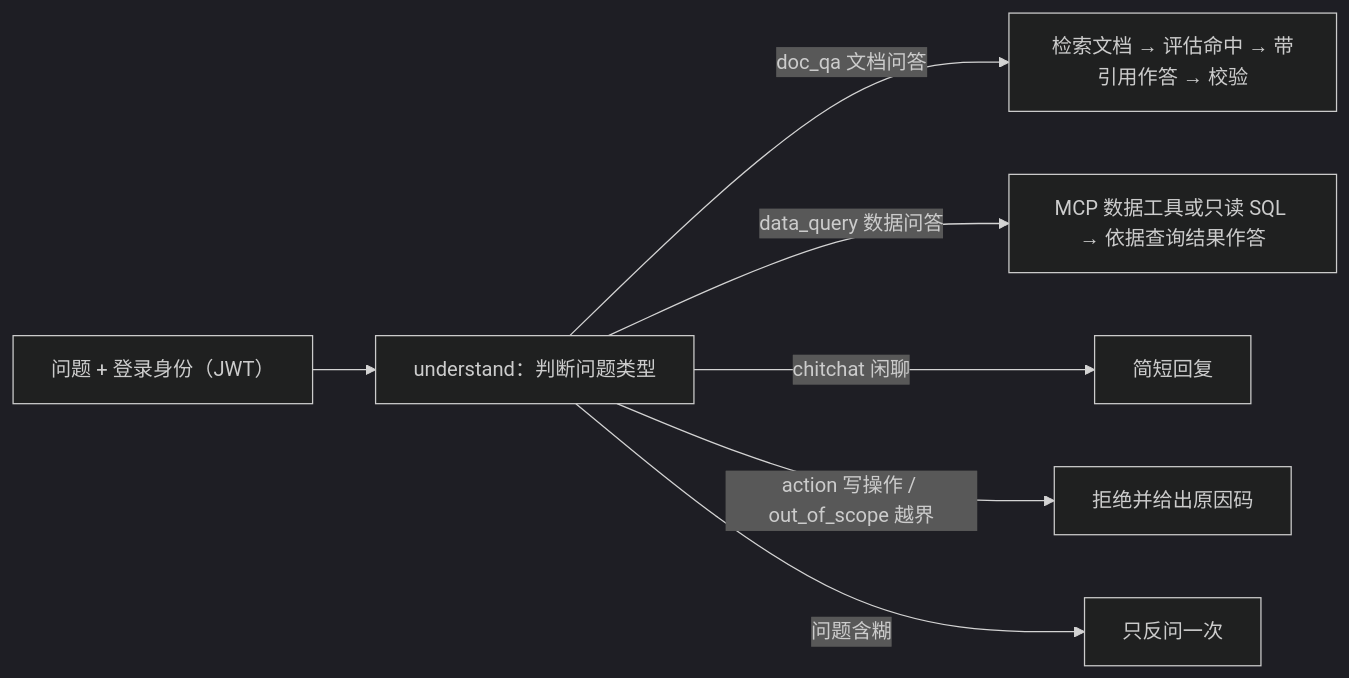
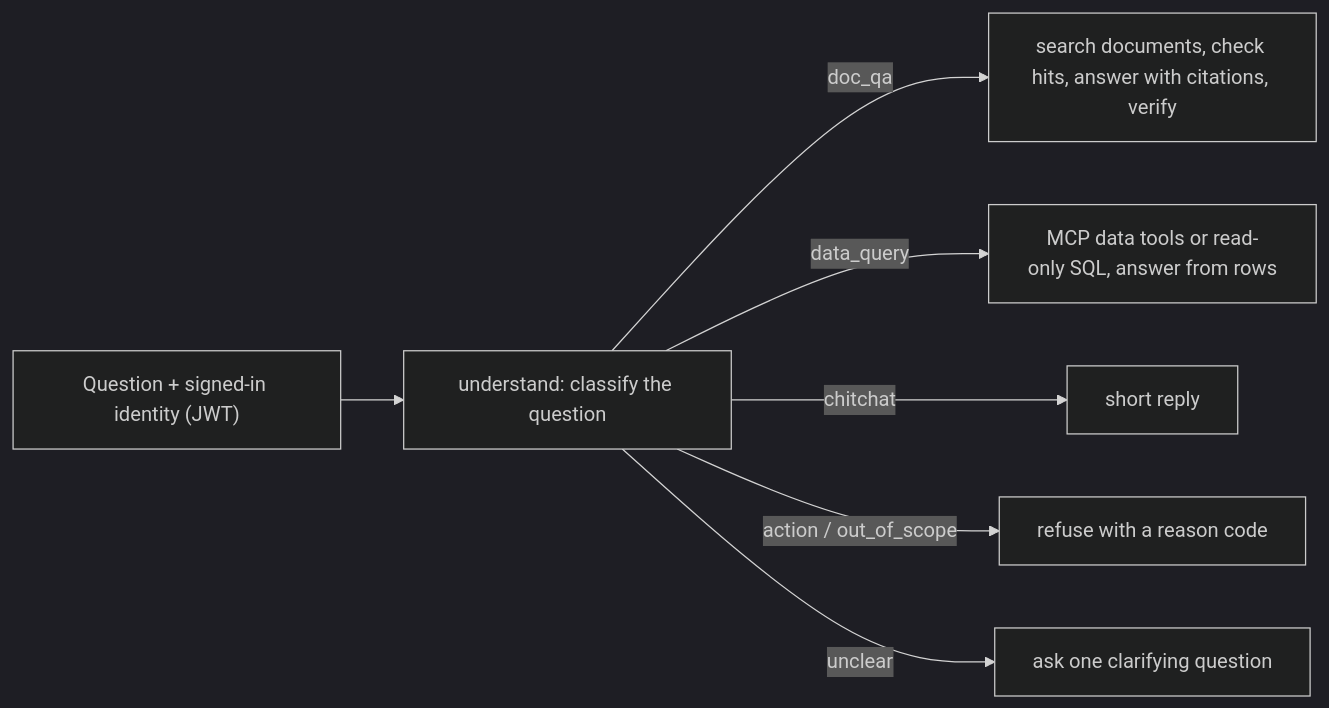
One commit to Andy-Pan-8849/StarEdu changed the diagram in ai-module/README.md. Above: the diagram before and after it, drawn with Mermaid (dark theme). The commit also changed other lines of this file and 6 other files, not shown here.

````diff
--- a/ai-module/README.md
+++ b/ai-module/README.md
@@ -33,9 +35,9 @@
 ```mermaid
 flowchart LR
-    Q["问题 + 登录身份（JWT）"] --> U["understand：判断问题类型"]
-    U -->|doc_qa 文档问答| D["检索文档 → 评估命中 → 带引用作答 → 校验"]
-    U -->|data_query 数据问答| A["MCP 数据工具或只读 SQL → 依据查询结果作答"]
-    U -->|chitchat 闲聊| C["简短回复"]
-    U -->|"action 写操作 / out_of_scope 越界"| R["拒绝并给出原因码"]
-    U -->|"问题含糊"| K["只反问一次"]
+    Q["Question + signed-in identity (JWT)"] --> U["understand: classify the question"]
+    U -->|doc_qa| D["search documents, check hits, answer with citations, verify"]
+    U -->|data_query| A["MCP data tools or read-only SQL, answer from rows"]
+    U -->|chitchat| C["short reply"]
+    U -->|"action / out_of_scope"| R["refuse with a reason code"]
+    U -->|"unclear"| K["ask one clarifying question"]
 ```
````
